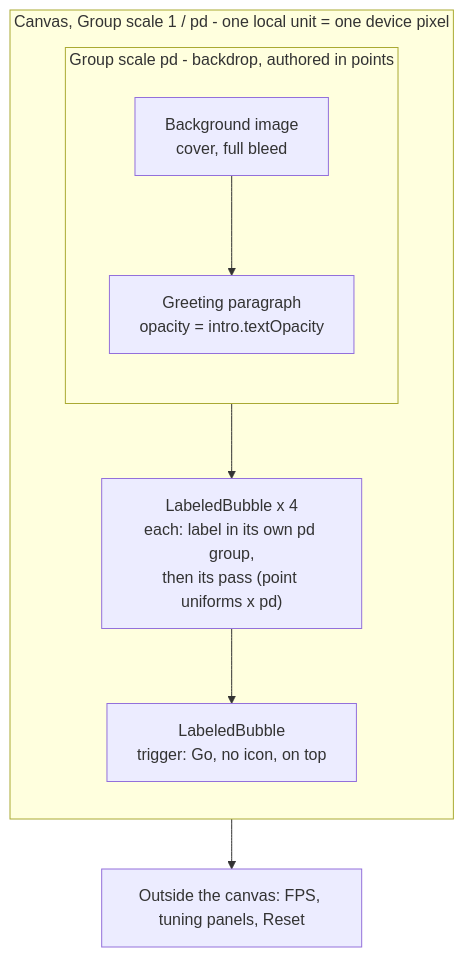
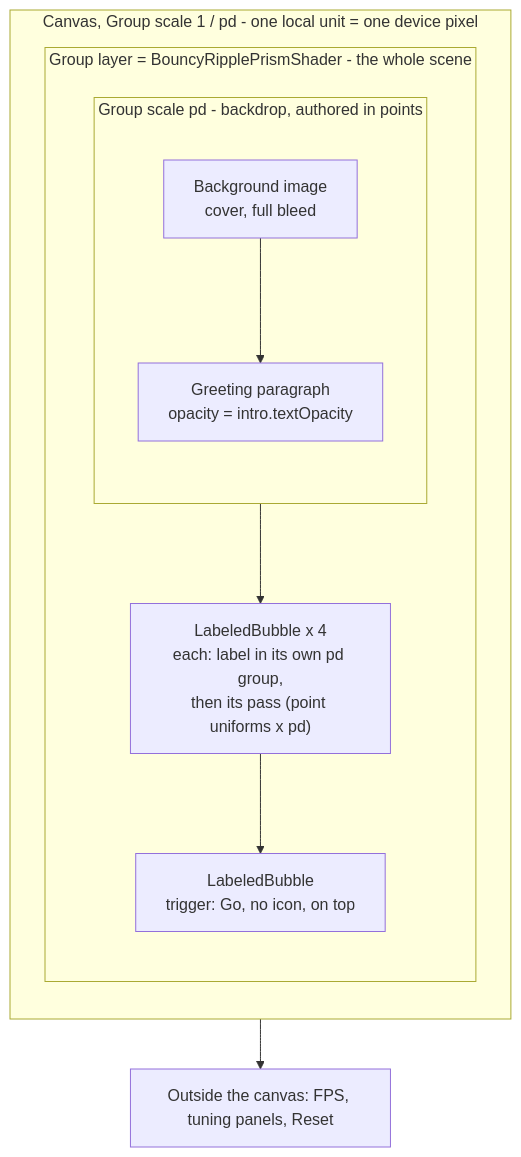
One commit to ImCitizen13/quattro4maggi changed the second of 2 diagrams in src/components/liquid-bubbles-multi/README.md. Above: the diagram before and after it, drawn with Mermaid. The commit also changed other lines of this file and 3 other files, not shown here.

First line of the commit message:
Liquid bubbles multi: scene-wide ripple fired just before the bloom

````diff
--- a/src/components/liquid-bubbles-multi/README.md
+++ b/src/components/liquid-bubbles-multi/README.md
@@ -70,16 +77,19 @@
 ```mermaid
 flowchart TD
     subgraph CANVAS["Canvas, Group scale 1 / pd - one local unit = one device pixel"]
+        direction TB
+        subgraph RIPPLE["Group layer = BouncyRipplePrismShader - the whole scene"]
         direction TB
         subgraph PTS["Group scale pd - backdrop, authored in points"]
             direction TB
             BG["Background image<br/>cover, full bleed"]
             GREET["Greeting paragraph<br/>opacity = intro.textOpacity"]
             BG --> GREET
         end
         PASSES["LabeledBubble x 4<br/>each: label in its own pd group,<br/>then its pass (point uniforms x pd)"]
         TRIGPASS["LabeledBubble<br/>trigger: Go, no icon, on top"]
         PTS --> PASSES --> TRIGPASS
+        end
     end
     CANVAS --> OVERLAY["Outside the canvas: FPS, tuning panels, Reset"]
 ```
````
